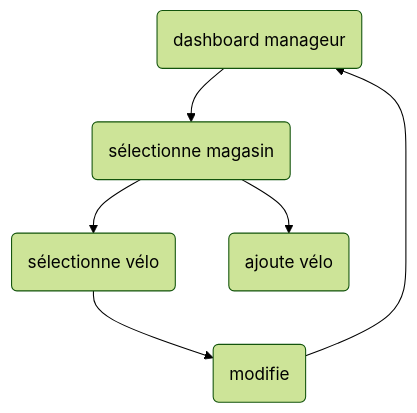
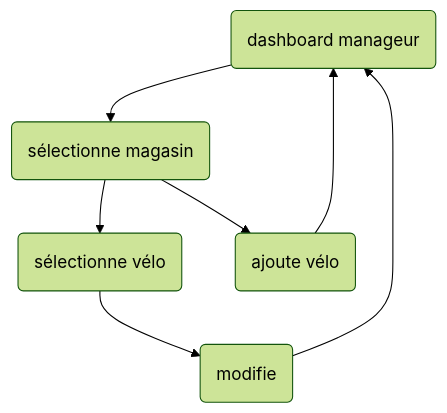
Before and after one commit to FrancisFigu/PANI_BikeshopApp: the third of 3 diagrams in dossier-analyse/04-scenarios.md, drawn with Mermaid (forest theme).

`````diff
--- a/dossier-analyse/04-scenarios.md
+++ b/dossier-analyse/04-scenarios.md
@@ -80,10 +80,11 @@
 ````mermaid
  flowchart TB
     A(dashboard manageur)
     -->B(sélectionne magasin)
     B-->C(sélectionne vélo)
     C-->D(modifie )
     B-->F(ajoute vélo)
+    F-->A
     D-->A
 
 ````
`````
